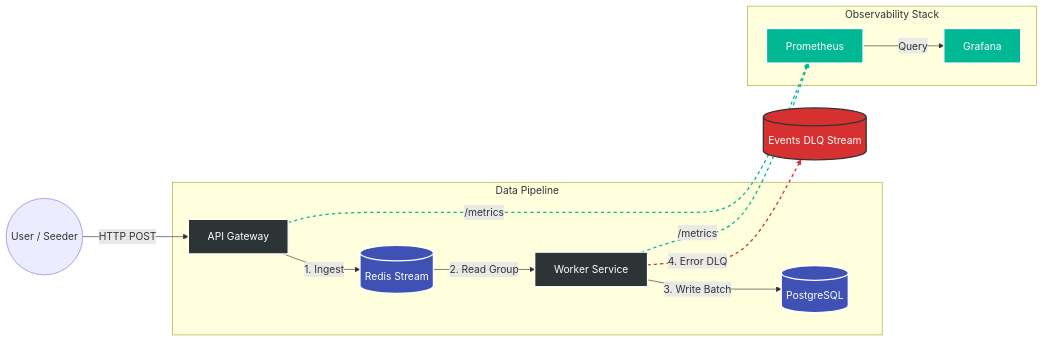
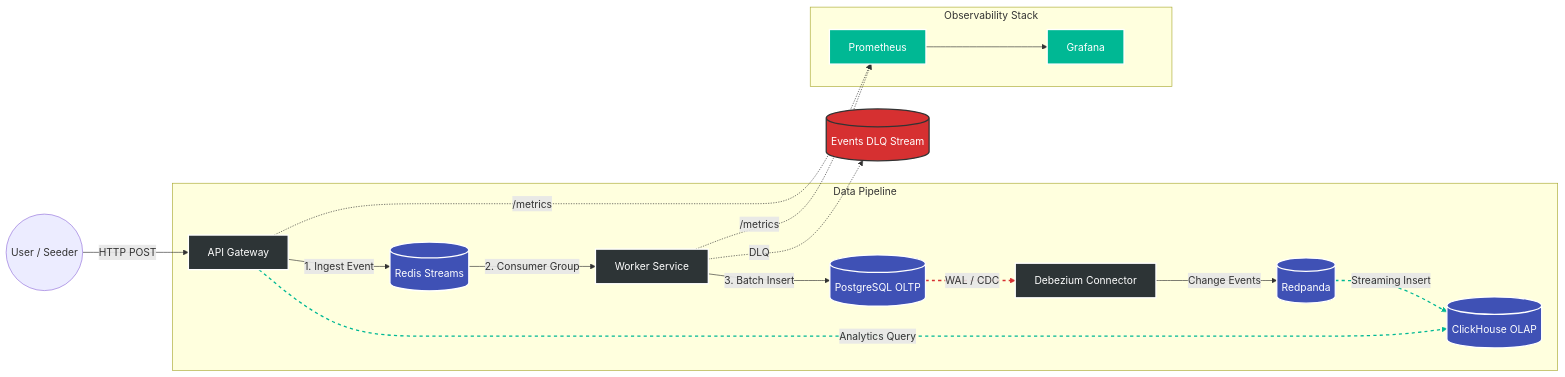
Before and after one commit to jinjik19/event_analytics_platform: the diagram in README.md, drawn with Mermaid. The commit also changed 4 other files, not shown here.

Commit message:
FEATURE: update architecture

````diff
--- a/README.md
+++ b/README.md
@@ -16,37 +16,43 @@
 ```mermaid
 flowchart LR
     %% Styles
     classDef storage fill:#3f51b5,stroke:#fff,stroke-width:2px,color:#fff;
     classDef service fill:#2d3436,stroke:#fff,stroke-width:2px,color:#fff;
     classDef monitor fill:#00b894,stroke:#fff,stroke-width:2px,color:#fff;
     classDef dead fill:#d63031,stroke:#333,stroke-width:2px,color:#fff;
 
     %% Input
     User((User / Seeder)) -->|HTTP POST| API[API Gateway]:::service
 
     %% Main Data Flow
     subgraph "Data Pipeline"
-        API -->|1. Ingest| Stream[(Redis Stream)]:::storage
-        Stream -->|2. Read Group| Worker[Worker Service]:::service
-        Worker -->|3. Write Batch| DB[(PostgreSQL)]:::storage
+        API -->|1. Ingest Event| Stream[(Redis Streams)]:::storage
+        Stream -->|2. Consumer Group| Worker[Worker Service]:::service
+        Worker -->|3. Batch Insert| DB[(PostgreSQL OLTP)]:::storage
+
+        DB -->|WAL / CDC| Debezium[Debezium Connector]:::service
+        Debezium -->|Change Events| Broker[(Redpanda)]:::storage
+        Broker -->|Streaming Insert| DW[(ClickHouse OLAP)]:::storage
+
+        API -->|Analytics Query| DW
     end
 
     %% Error Handling
-    Worker -.->|4. Error DLQ| DLQ[(Events DLQ Stream)]:::dead
+    Worker -.->|DLQ| DLQ[(Events DLQ Stream)]:::dead
 
     %% Observability
     subgraph "Observability Stack"
         Prometheus[Prometheus]:::monitor
         Grafana[Grafana]:::monitor
 
-        Prometheus -->|Query| Grafana
+        Prometheus --> Grafana
     end
 
     %% Metrics Scraping
     API -.->|/metrics| Prometheus
     Worker -.->|/metrics| Prometheus
 
     %% Link Styling
     linkStyle 4 stroke:#d63031,stroke-width:2px,stroke-dasharray: 5 5;
     linkStyle 6,7 stroke:#00b894,stroke-width:2px,stroke-dasharray: 5 5;
 ```
````
